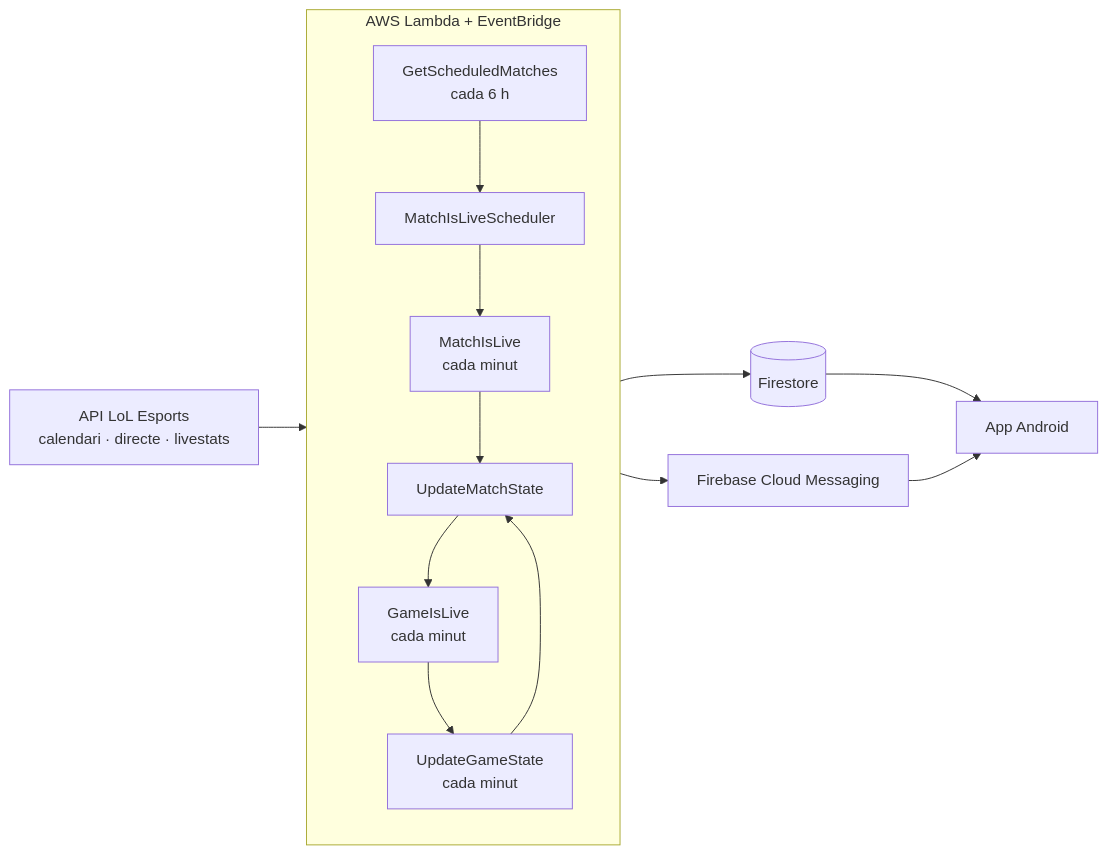
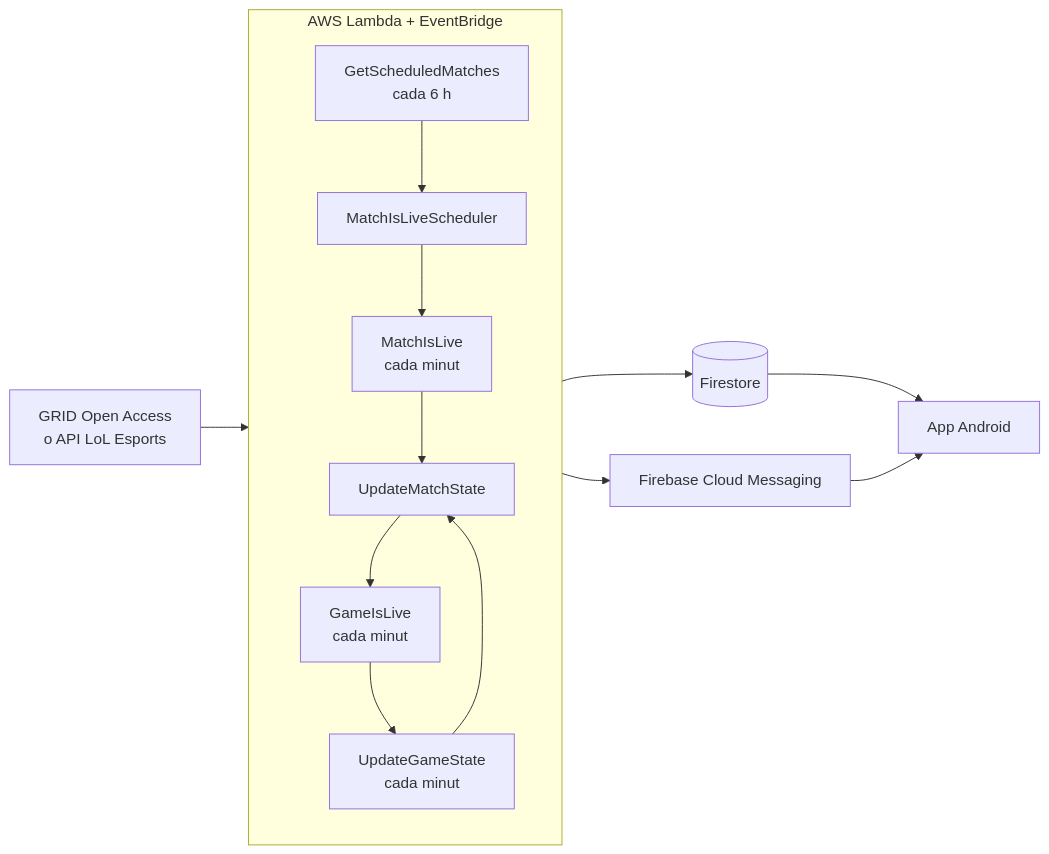
One commit to SalvaMiraMori/League-of-Text changed the diagram in README.md. Above: the diagram before and after it, drawn with Mermaid. The commit also changed other lines of this file and 17 other files, not shown here.

First line of the commit message:
Backend: dades oficials de GRID (Riot Games Open Access)

````diff
--- a/README.md
+++ b/README.md
@@ -30,17 +31,17 @@
 ```mermaid
 flowchart LR
-    API[API LoL Esports<br/>calendari · directe · livestats]
+    API[GRID Open Access<br/>o API LoL Esports]
     subgraph AWS[AWS Lambda + EventBridge]
         A[GetScheduledMatches<br/>cada 6 h] --> B[MatchIsLiveScheduler]
         B --> C[MatchIsLive<br/>cada minut]
         C --> D[UpdateMatchState]
         D --> E[GameIsLive<br/>cada minut]
         E --> F[UpdateGameState<br/>cada minut]
         F --> D
     end
     API --> AWS
     AWS --> FS[(Firestore)]
     AWS --> FCM[Firebase Cloud Messaging]
     FS --> APP[App Android]
     FCM --> APP
 ```
````
